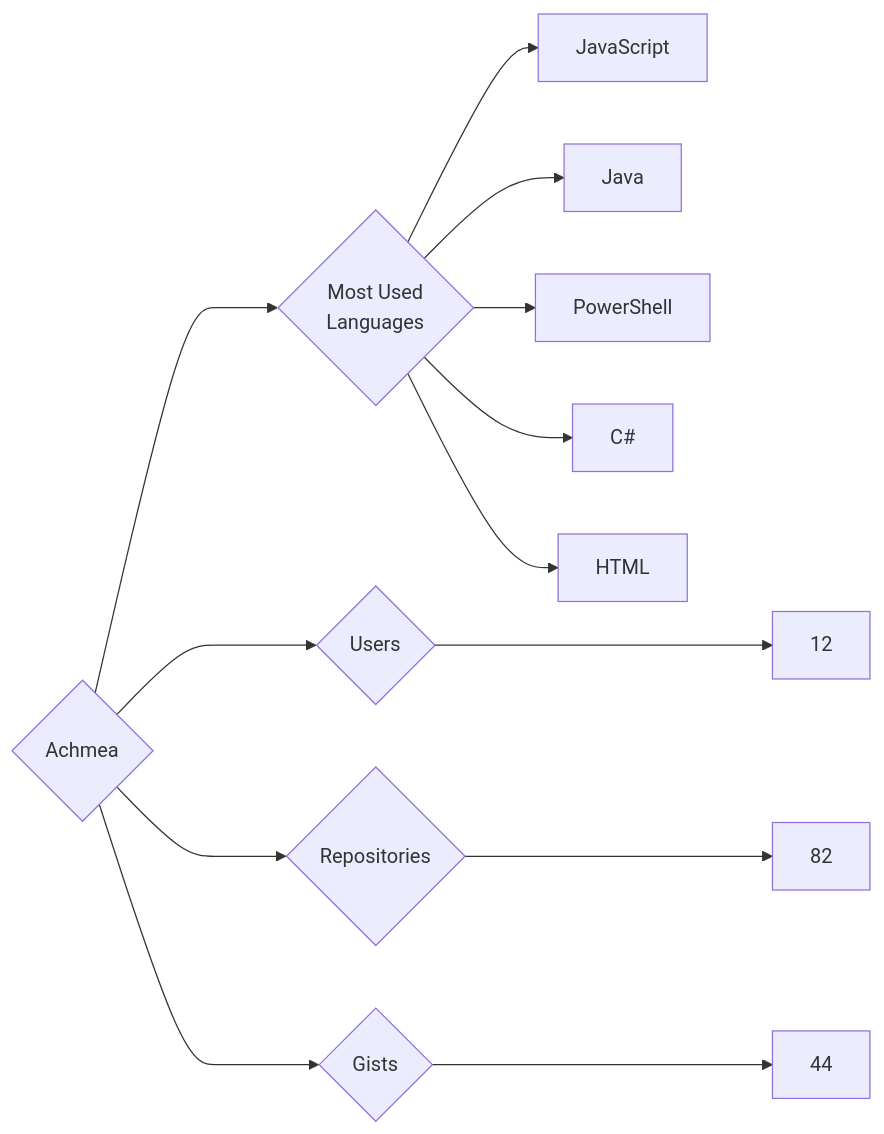
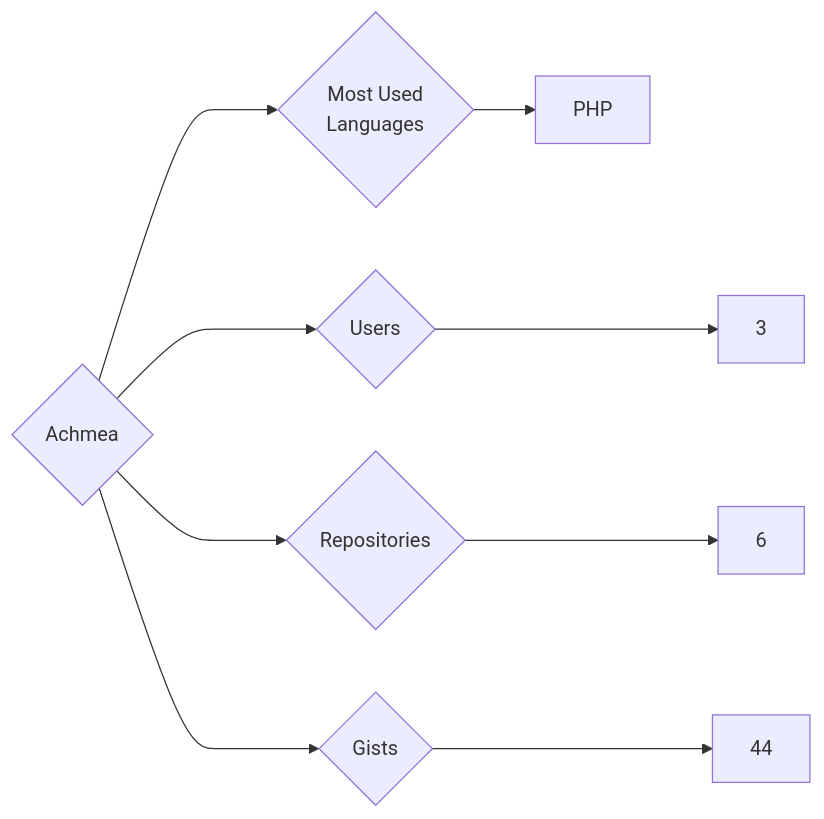
One commit to trickest/insiders changed the diagram in targets/Achmea/README.md. Above: the diagram before and after it, drawn with Mermaid. The commit also changed 745 other files, not shown here.

````diff
--- a/targets/Achmea/README.md
+++ b/targets/Achmea/README.md
@@ -3,13 +3,9 @@
 ```mermaid
 graph LR
 COMPANY_NAME{Achmea}
-COMPANY_NAME ---> U{Users} ---> UN[12]
-COMPANY_NAME ---> R{Repositories} ---> RN[82]
+COMPANY_NAME ---> U{Users} ---> UN[3]
+COMPANY_NAME ---> R{Repositories} ---> RN[6]
 COMPANY_NAME ---> G{Gists} ---> GN[44]
 COMPANY_NAME ---> ML{Most Used<br>Languages}
-ML --> JavaScript[JavaScript]
-ML --> Java[Java]
-ML --> PowerShell[PowerShell]
-ML --> C#[C#]
-ML --> HTML[HTML]
+ML --> PHP[PHP]
 ```
````
